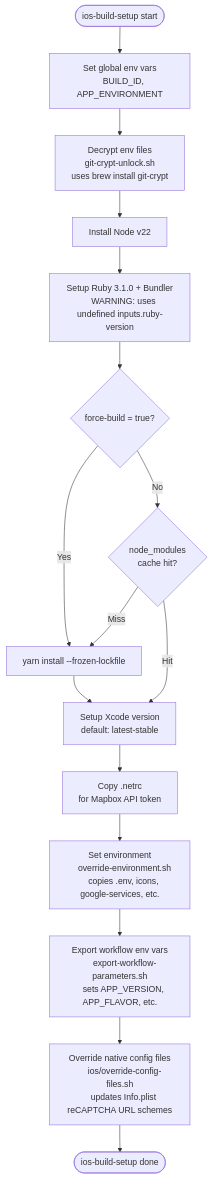
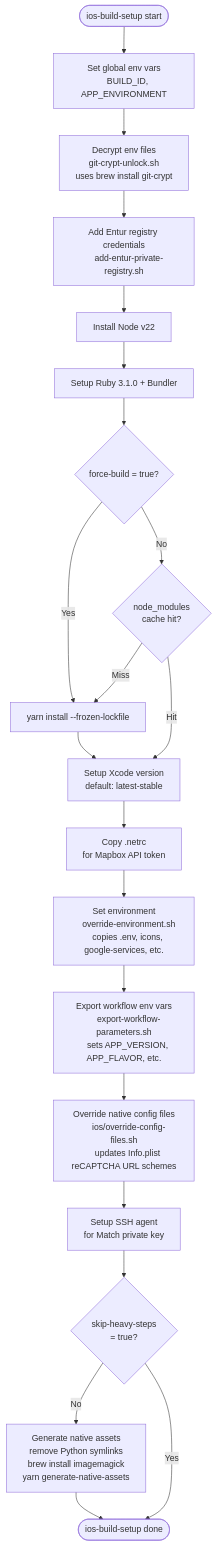
The second of 7 diagrams in docs/ios-build-staging-graph.md (AtB-AS/mittatb-app), drawn with Mermaid before and after one commit. The commit also changed other lines of this file and 3 other files, not shown here.

Commit message:
tidy-up ios build

````diff
--- a/docs/ios-build-staging-graph.md
+++ b/docs/ios-build-staging-graph.md
@@ -92,45 +92,59 @@
 ```mermaid
 flowchart TD
     start(["ios-build-setup start"])
 
     start --> env_vars["Set global env vars
     BUILD_ID, APP_ENVIRONMENT"]
 
     env_vars --> decrypt["Decrypt env files
     git-crypt-unlock.sh
     uses brew install git-crypt"]
 
-    decrypt --> node["Install Node v22"]
+    decrypt --> entur["Add Entur registry credentials
+    add-entur-private-registry.sh"]
 
-    node --> ruby["Setup Ruby 3.1.0 + Bundler
-    WARNING: uses undefined inputs.ruby-version"]
+    entur --> node["Install Node v22"]
+
+    node --> ruby["Setup Ruby 3.1.0 + Bundler"]
 
     ruby --> nm_check{"force-build = true?"}
 
     nm_check -- Yes --> yarn_install["yarn install --frozen-lockfile"]
     nm_check -- No --> nm_cache{"node_modules
     cache hit?"}
 
     nm_cache -- Miss --> yarn_install
     nm_cache -- Hit --> xcode
 
     yarn_install --> xcode["Setup Xcode version
     default: latest-stable"]
 
     xcode --> netrc["Copy .netrc
     for Mapbox API token"]
 
     netrc --> set_env["Set environment
     override-environment.sh
     copies .env, icons, google-services, etc."]
 
     set_env --> export_env["Export workflow env vars
     export-workflow-parameters.sh
     sets APP_VERSION, APP_FLAVOR, etc."]
 
     export_env --> override_config["Override native config files
     ios/override-config-files.sh
     updates Info.plist reCAPTCHA URL schemes"]
 
-    override_config --> done(["ios-build-setup done"])
+    override_config --> ssh_agent["Setup SSH agent
+    for Match private key"]
+
+    ssh_agent --> heavy_check{"skip-heavy-steps
+    = true?"}
+
+    heavy_check -- No --> gen_assets["Generate native assets
+    remove Python symlinks
+    brew install imagemagick
+    yarn generate-native-assets"]
+
+    gen_assets --> done(["ios-build-setup done"])
+    heavy_check -- Yes --> done
 ```
````
